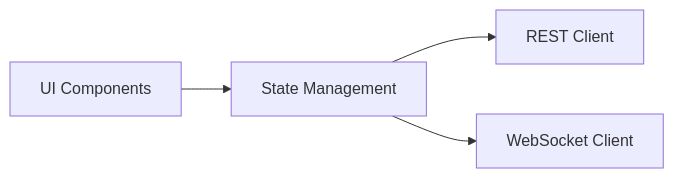
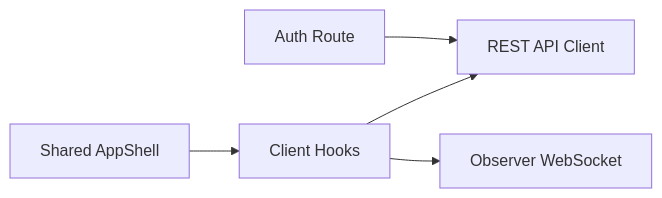
One commit to OceanStar88/Sagent changed the diagram in frontend/README.md. Above: the diagram before and after it, drawn with Mermaid. The commit also changed other lines of this file and 181 other files, not shown here.

````diff
--- a/frontend/README.md
+++ b/frontend/README.md
@@ -12,11 +36,13 @@
 ```mermaid
 flowchart LR
-    UI[UI Components]
-    State[State Management]
-    API[REST Client]
-    WS[WebSocket Client]
+    Login[Auth Route]
+    Shell[Shared AppShell]
+    Hooks[Client Hooks]
+    REST[REST API Client]
+    WS[Observer WebSocket]
 
-    UI --> State
-    State --> API
-    State --> WS
+    Login --> REST
+    Shell --> Hooks
+    Hooks --> REST
+    Hooks --> WS
 ```
````
